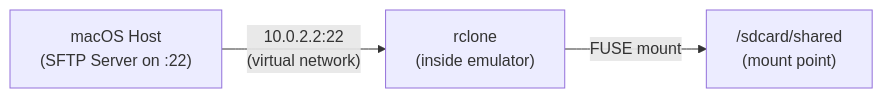
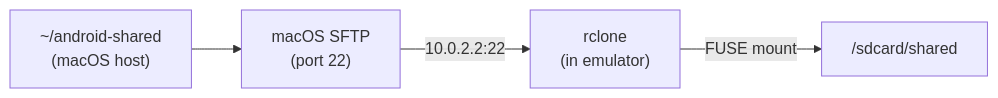
The diagram in .cursor/plans/android_emulator_shared_folders_magisk_698e6922.plan.md (avisek/dotfiles-macos), drawn with Mermaid before and after one commit. The commit also changed other lines of this file and 3 other files, not shown here.

````diff
--- a/.cursor/plans/android_emulator_shared_folders_magisk_698e6922.plan.md
+++ b/.cursor/plans/android_emulator_shared_folders_magisk_698e6922.plan.md
@@ -123,5 +75,6 @@
 ```mermaid
 flowchart LR
-  macOS["macOS Host\n(SFTP Server on :22)"] -->|"10.0.2.2:22\n(virtual network)"| rclone["rclone\n(inside emulator)"]
-  rclone -->|"FUSE mount"| sdcard["/sdcard/shared\n(mount point)"]
+  hostDir["~/android-shared\n(macOS host)"] --> sshd["macOS SFTP\n(port 22)"]
+  sshd -->|"10.0.2.2:22"| rclone["rclone\n(in emulator)"]
+  rclone -->|"FUSE mount"| mountPt["/sdcard/shared"]
 ```
````
